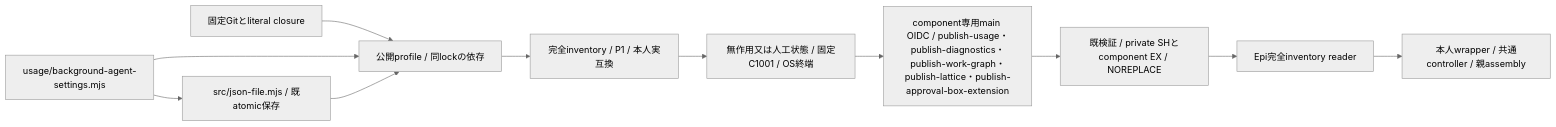
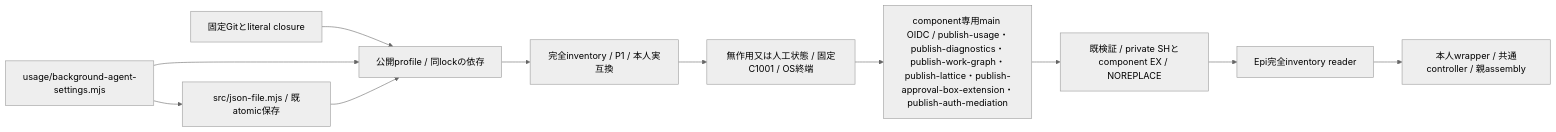
One commit to kitepon/BellTeam changed the first of 4 diagrams in docs/architecture/modules/distribution/business-artifacts.md. Above: the diagram before and after it, drawn with Mermaid (neutral theme). The commit also changed other lines of this file and 29 other files, not shown here.

Commit message:
auth-mediation: signed module release wiring (authmed-slice6): component lists, state compatibility policy-v2, publish workflow, artifact list, install/package/verify/probe scripts

````diff
--- a/docs/architecture/modules/distribution/business-artifacts.md
+++ b/docs/architecture/modules/distribution/business-artifacts.md
@@ -5,13 +5,13 @@
 ```mermaid
 flowchart LR
   Git[固定Gitとliteral closure] --> Pack[公開profile / 同lockの依存]
   Background[usage/background-agent-settings.mjs] --> Atomic[src/json-file.mjs / 既atomic保存]
   Background --> Pack
   Atomic --> Pack
   Pack --> Archive[完全inventory / P1 / 本人実互換]
   Archive --> Probe[無作用又は人工状態 / 固定C1001 / OS終端]
-  Probe --> Sign[component専用main OIDC / publish-usage・publish-diagnostics・publish-work-graph・publish-lattice・publish-approval-box-extension]
+  Probe --> Sign[component専用main OIDC / publish-usage・publish-diagnostics・publish-work-graph・publish-lattice・publish-approval-box-extension・publish-auth-mediation]
   Sign --> Root[既検証 / private SHとcomponent EX / NOREPLACE]
   Root --> Reader[Epi完全inventory reader]
   Reader --> Generation[本人wrapper / 共通controller / 親assembly]
 ```
````
